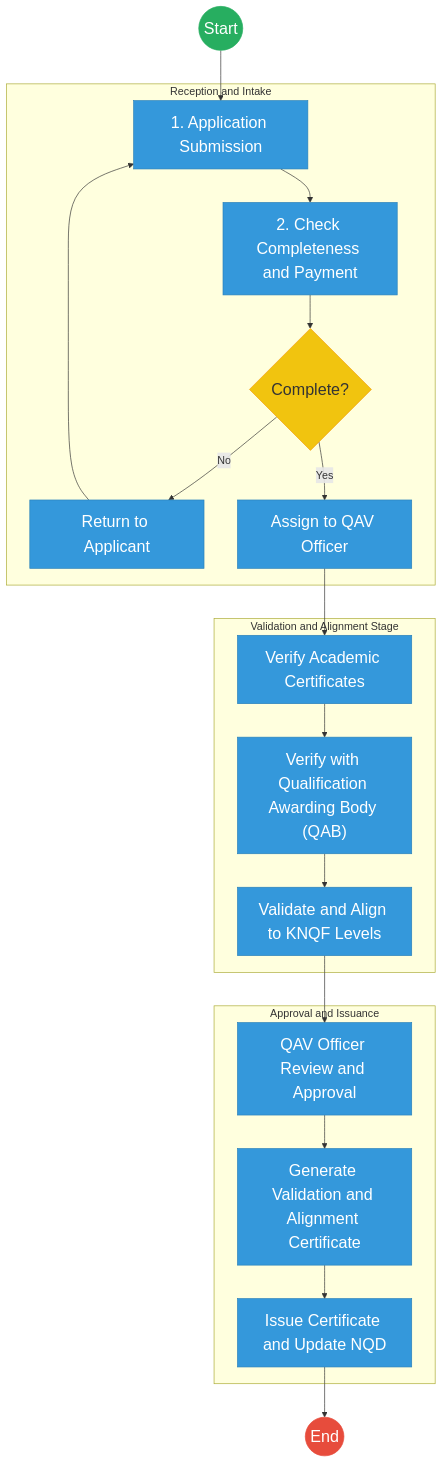
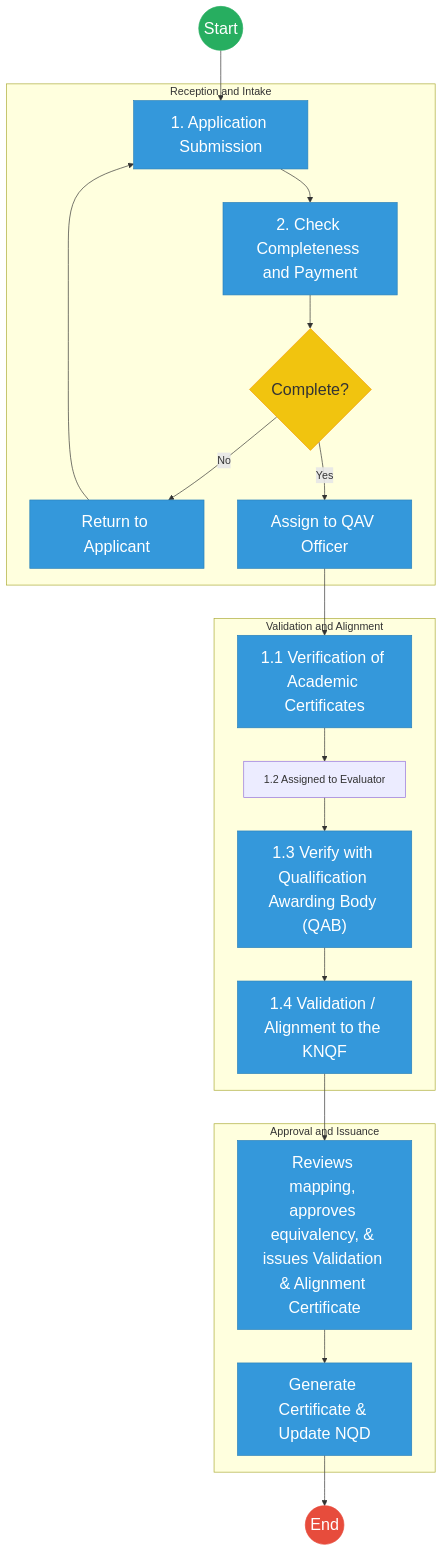
One commit to BITZ-IT-Consulting-LTD/ictapoc changed the first of 2 diagrams in mdas/docs_final/priority_mdas/Kenya_National_Qualifications_Authority___Service_Delivery.md. Above: the diagram before and after it, drawn with Mermaid. The commit also changed other lines of this file and 32 other files, not shown here.

````diff
--- a/mdas/docs_final/priority_mdas/Kenya_National_Qualifications_Authority___Service_Delivery.md
+++ b/mdas/docs_final/priority_mdas/Kenya_National_Qualifications_Authority___Service_Delivery.md
@@ -44,37 +44,37 @@
 ```mermaid
 flowchart TD
     Start(("Start")) --> Submit["1. Application Submission"]
     
     subgraph Intake["Reception and Intake"]
         Submit --> PayFee["2. Check Completeness and Payment"]
         PayFee --> Comp{"Complete?"}
         
         Comp -- "No" --> Return["Return to Applicant"]
         Return --> Submit
         
         Comp -- "Yes" --> Log["Assign to QAV Officer"]
     end
     
-    subgraph Validation["Validation and Alignment Stage"]
-        Log --> AuthCert["Verify Academic Certificates"]
-        AuthCert --> VerifyQAB["Verify with Qualification Awarding Body (QAB)"]
-        VerifyQAB --> MapKNQF["Validate and Align to KNQF Levels"]
+    subgraph Validation["Validation and Alignment"]
+        Log --> AuthCert["1.1 Verification of Academic Certificates"]
+        AuthCert --> Eval["1.2 Assigned to Evaluator"]
+        Eval --> VerifyQAB["1.3 Verify with Qualification Awarding Body (QAB)"]
+        VerifyQAB --> MapKNQF["1.4 Validation / Alignment to the KNQF"]
     end
     
     subgraph Finalization["Approval and Issuance"]
-        MapKNQF --> QAVApprove["QAV Officer Review and Approval"]
-        QAVApprove --> GenCert["Generate Validation and Alignment Certificate"]
-        GenCert --> Issue["Issue Certificate and Update NQD"]
+        MapKNQF --> QAVApprove["Reviews mapping, approves equivalency, & issues Validation & Alignment Certificate"]
+        QAVApprove --> Issue["Generate Certificate & Update NQD"]
     end
     
     Issue --> End(("End"))
 
     classDef startNode fill:#27ae60,stroke:#27ae60,color:#fff,font-size:24px;
     classDef endNode fill:#e74c3c,stroke:#e74c3c,color:#fff,font-size:24px;
     classDef userTask fill:#3498db,stroke:#2980b9,color:#fff,font-size:24px;
     classDef gateway fill:#f1c40f,stroke:#f39c12,color:#333,font-size:24px;
     class Start startNode;
     class End endNode;
     class Comp gateway;
     class Submit,PayFee,Return,Log,AuthCert,VerifyQAB,MapKNQF,QAVApprove,GenCert,Issue userTask;
 ```
````
